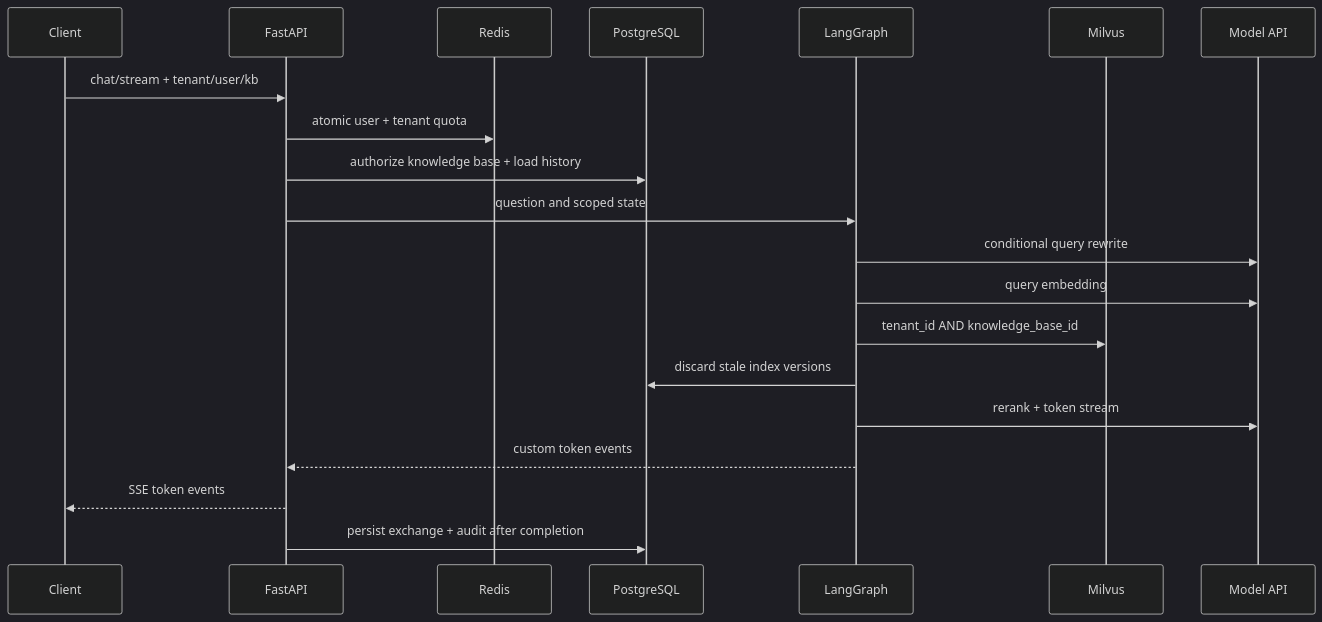
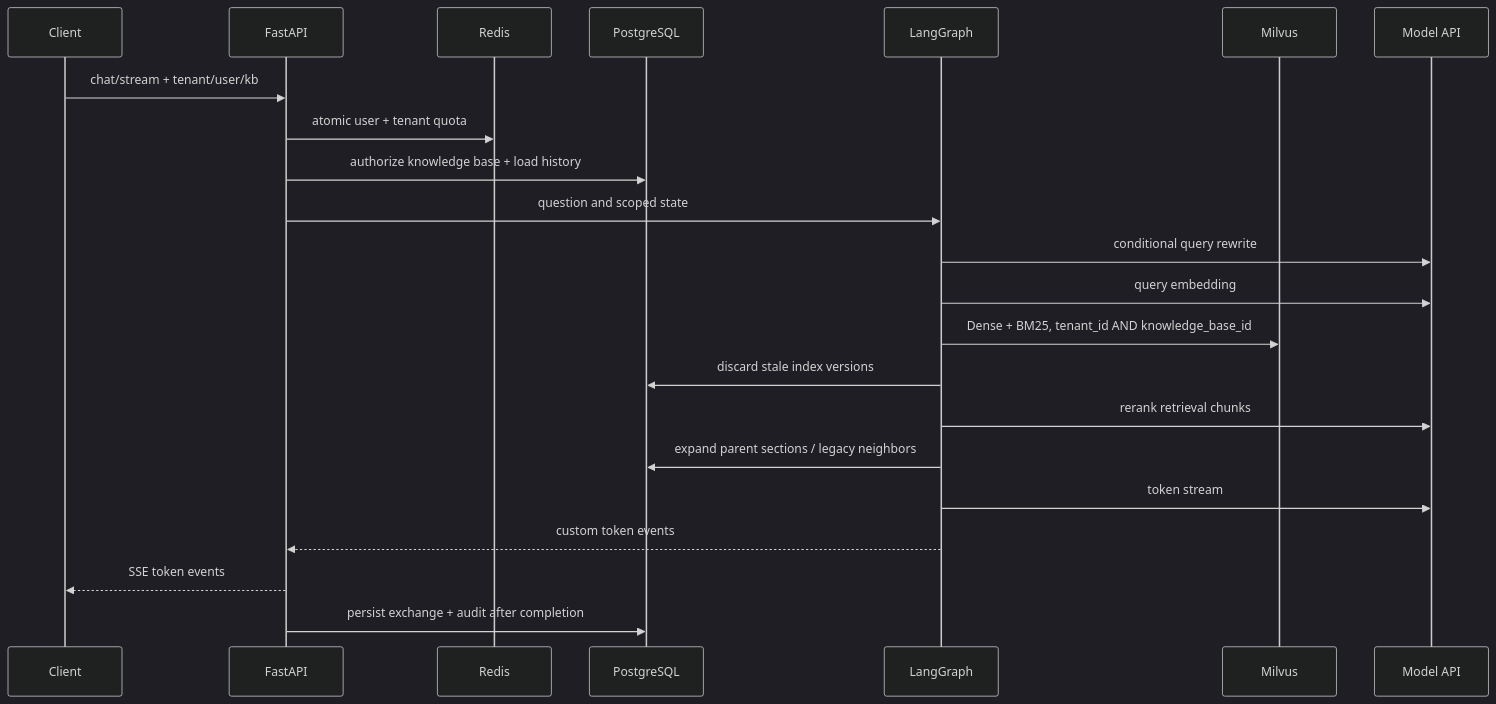
One commit to WWSS11/enterprise-rag changed the diagram in docs/architecture.md. Above: the diagram before and after it, drawn with Mermaid (dark theme). The commit also changed other lines of this file and 23 other files, not shown here.

````diff
--- a/docs/architecture.md
+++ b/docs/architecture.md
@@ -9,23 +9,25 @@
 ```mermaid
 sequenceDiagram
     participant C as Client
     participant A as FastAPI
     participant R as Redis
     participant P as PostgreSQL
     participant G as LangGraph
     participant M as Milvus
     participant L as Model API
 
     C->>A: chat/stream + tenant/user/kb
     A->>R: atomic user + tenant quota
     A->>P: authorize knowledge base + load history
     A->>G: question and scoped state
     G->>L: conditional query rewrite
     G->>L: query embedding
-    G->>M: tenant_id AND knowledge_base_id
+    G->>M: Dense + BM25, tenant_id AND knowledge_base_id
     G->>P: discard stale index versions
-    G->>L: rerank + token stream
+    G->>L: rerank retrieval chunks
+    G->>P: expand parent sections / legacy neighbors
+    G->>L: token stream
     G-->>A: custom token events
     A-->>C: SSE token events
     A->>P: persist exchange + audit after completion
 ```
````
